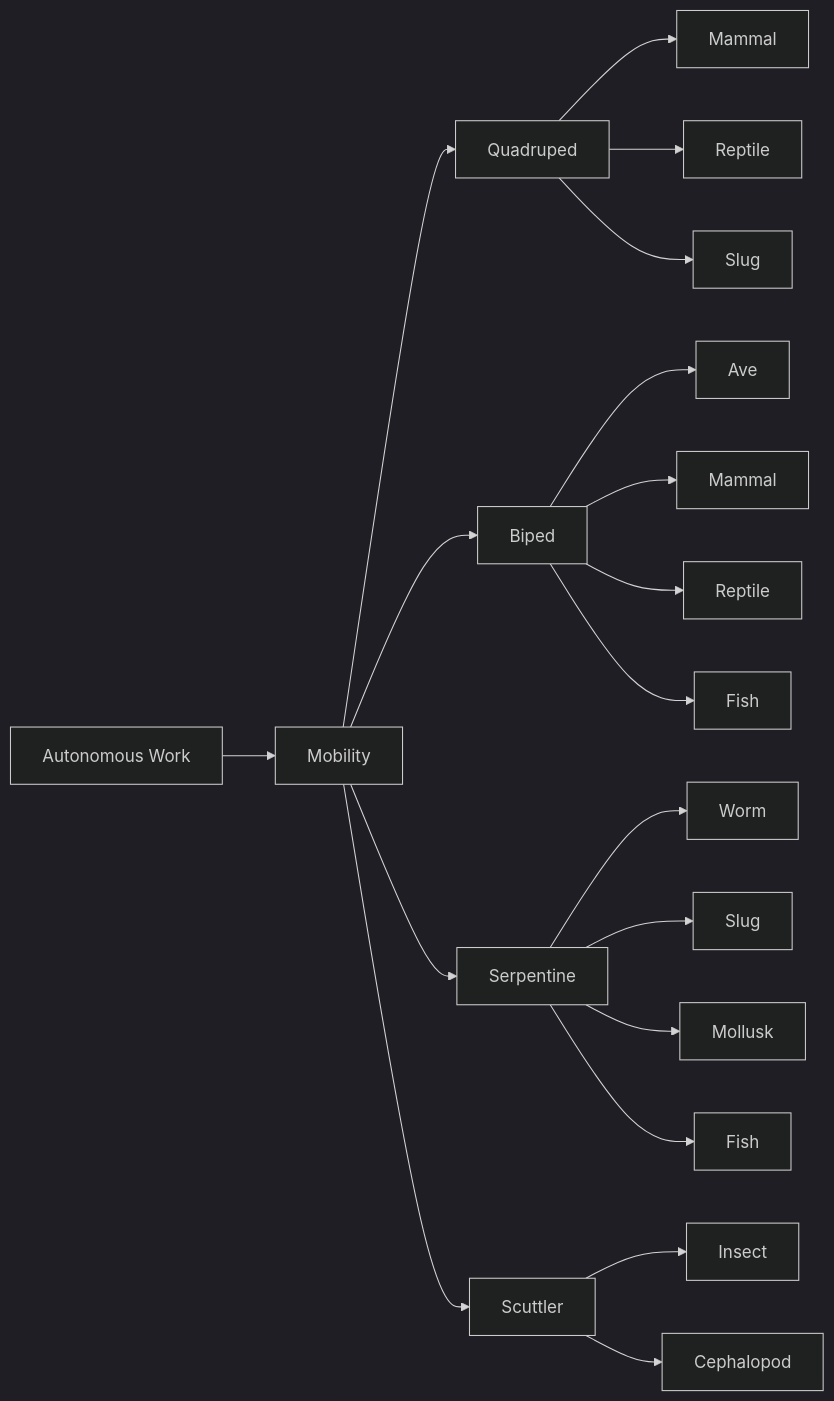
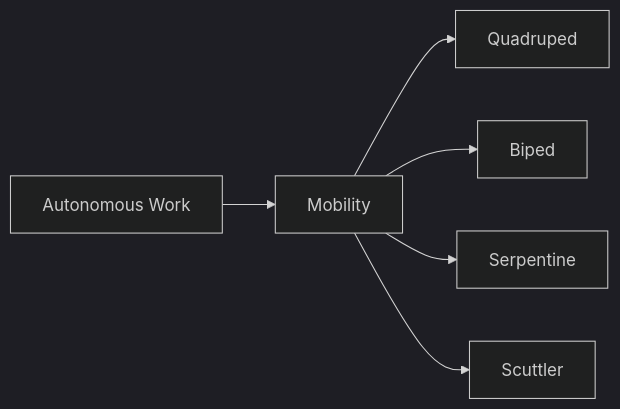
Before and after one commit to RagtimeGal/quartz--encyclopedia-mysenvaria: the second of 3 diagrams in content/Encyclopedia Mysenvaria/Culture/Sciences & Technologies/Scientific Theories & Laws/Evolutionary Classification.md, drawn with Mermaid (dark theme). The commit also changed other lines of this file and 22 other files, not shown here.

````diff
--- a/content/Encyclopedia Mysenvaria/Culture/Sciences & Technologies/Scientific Theories & Laws/Evolutionary Classification.md
+++ b/content/Encyclopedia Mysenvaria/Culture/Sciences & Technologies/Scientific Theories & Laws/Evolutionary Classification.md
@@ -34,22 +35,9 @@
 ```mermaid
 graph LR
 Taxa[Autonomous Work]
 Taxa-->Taxa2[Mobility]
 Taxa2-->Taxa21[Quadruped]
-Taxa21-->Taxa211[Mammal]
-Taxa21-->Taxa212[Reptile]
-Taxa21-->Taxa213[Slug]
 Taxa2-->Taxa22[Biped]
-Taxa22-->Taxa221[Ave]
-Taxa22-->Taxa222[Mammal]
-Taxa22-->Taxa223[Reptile]
-Taxa22-->Taxa224[Fish]
 Taxa2-->Taxa23[Serpentine]
-Taxa23-->Taxa231[Worm]
-Taxa23-->Taxa232[Slug]
-Taxa23-->Taxa233[Mollusk]
-Taxa23-->Taxa234[Fish]
 Taxa2-->Taxa24[Scuttler]
-Taxa24-->Taxa241[Insect]
-Taxa24-->Taxa243[Cephalopod]
 ```
````
